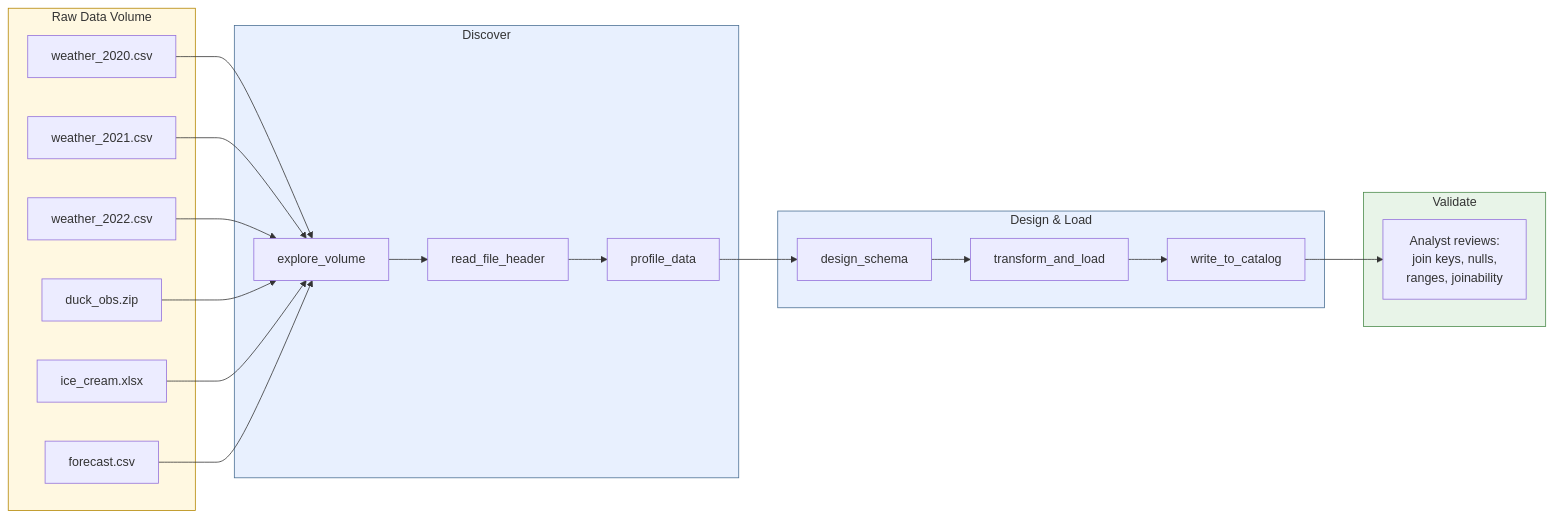
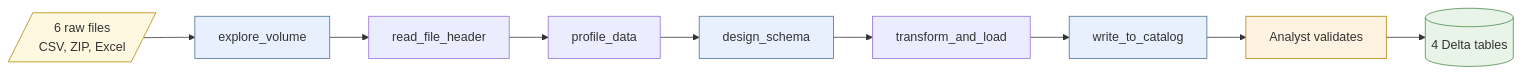
Before and after one commit to jweinberg-a2a/versifai-data-agents: the first of 5 diagrams in docs/tutorial-silly-weather.md, drawn with Mermaid. The commit also changed other lines of this file and 4 other files, not shown here.

Commit message:
diagrams fixed

````diff
--- a/docs/tutorial-silly-weather.md
+++ b/docs/tutorial-silly-weather.md
@@ -29,38 +29,18 @@
 ```mermaid
 flowchart LR
-    subgraph volume["Raw Data Volume"]
-        F1["weather_2020.csv"]
-        F2["weather_2021.csv"]
-        F3["weather_2022.csv"]
-        F4["duck_obs.zip"]
-        F5["ice_cream.xlsx"]
-        F6["forecast.csv"]
-    end
+    RAW[/"6 raw files<br>CSV, ZIP, Excel"/] --> EV["explore_volume"]
+    EV --> RH["read_file_header"]
+    RH --> PD["profile_data"]
+    PD --> DS["design_schema"]
+    DS --> TL["transform_and_load"]
+    TL --> WC["write_to_catalog"]
+    WC --> AQ["Analyst validates"]
+    AQ --> DONE[("4 Delta tables")]
 
-    subgraph discover["Discover"]
-        EV[explore_volume]
-        RH[read_file_header]
-        PD[profile_data]
-        EV --> RH --> PD
-    end
-
-    subgraph load["Design & Load"]
-        DS[design_schema]
-        TL[transform_and_load]
-        WC[write_to_catalog]
-        DS --> TL --> WC
-    end
-
-    subgraph validate["Validate"]
-        AQ["Analyst reviews:<br>join keys, nulls,<br>ranges, joinability"]
-    end
-
-    F1 & F2 & F3 & F4 & F5 & F6 --> EV
-    PD --> DS
-    WC --> AQ
-
-    style volume fill:#fff8e1,stroke:#b38600
-    style discover fill:#e8f0fe,stroke:#4a6f93
-    style load fill:#e8f0fe,stroke:#4a6f93
-    style validate fill:#e8f4e8,stroke:#4a8a4a
+    style RAW fill:#fff8e1,stroke:#b38600
+    style EV fill:#e8f0fe,stroke:#4a6f93
+    style DS fill:#e8f0fe,stroke:#4a6f93
+    style WC fill:#e8f0fe,stroke:#4a6f93
+    style AQ fill:#fef3e0,stroke:#b38600
+    style DONE fill:#e8f4e8,stroke:#4a8a4a
 ```
````
